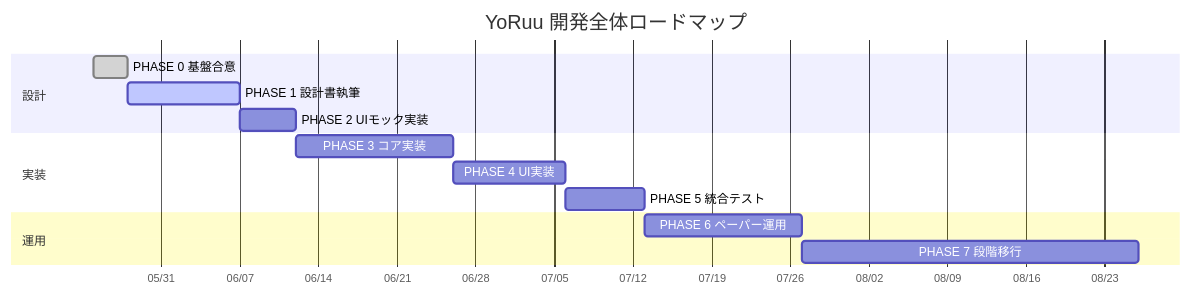
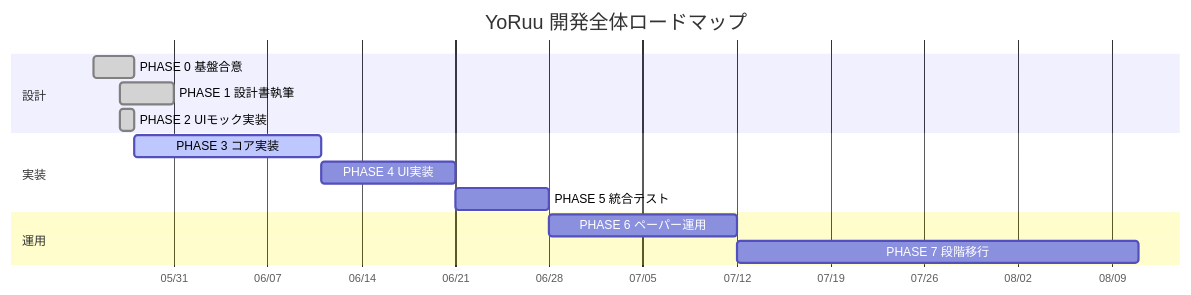
Before and after one commit to matrix9neonebuchadnezzar2199-sketch/YoRuu: the first of 2 diagrams in docs/design/00_ROADMAP.md, drawn with Mermaid. The commit also changed other lines of this file and 11 other files, not shown here.

````diff
--- a/docs/design/00_ROADMAP.md
+++ b/docs/design/00_ROADMAP.md
@@ -14,20 +14,20 @@
 ```mermaid
 gantt
     title YoRuu 開発全体ロードマップ
     dateFormat YYYY-MM-DD
     axisFormat %m/%d
 
     section 設計
     PHASE 0 基盤合意       :done,    p0, 2026-05-25, 3d
-    PHASE 1 設計書執筆     :active,  p1, 2026-05-28, 10d
-    PHASE 2 UIモック実装   :         p2, after p1, 5d
+    PHASE 1 設計書執筆     :done,    p1, 2026-05-27, 4d
+    PHASE 2 UIモック実装   :done,    p2, 2026-05-27, 1d
 
     section 実装
-    PHASE 3 コア実装       :         p3, after p2, 14d
+    PHASE 3 コア実装       :active,  p3, 2026-05-28, 14d
     PHASE 4 UI実装         :         p4, after p3, 10d
     PHASE 5 統合テスト     :         p5, after p4, 7d
 
     section 運用
     PHASE 6 ペーパー運用   :         p6, after p5, 14d
     PHASE 7 段階移行       :         p7, after p6, 30d
 ```
````
